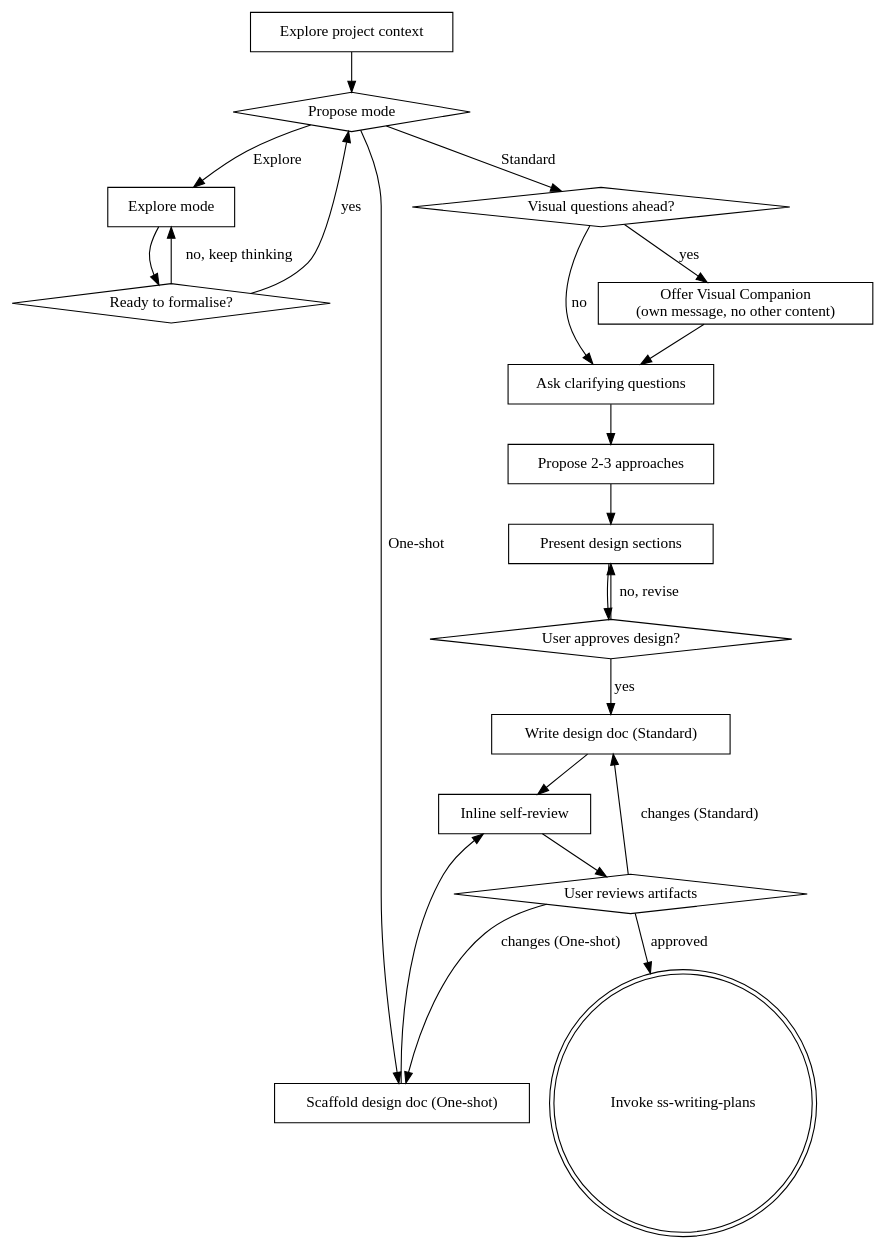
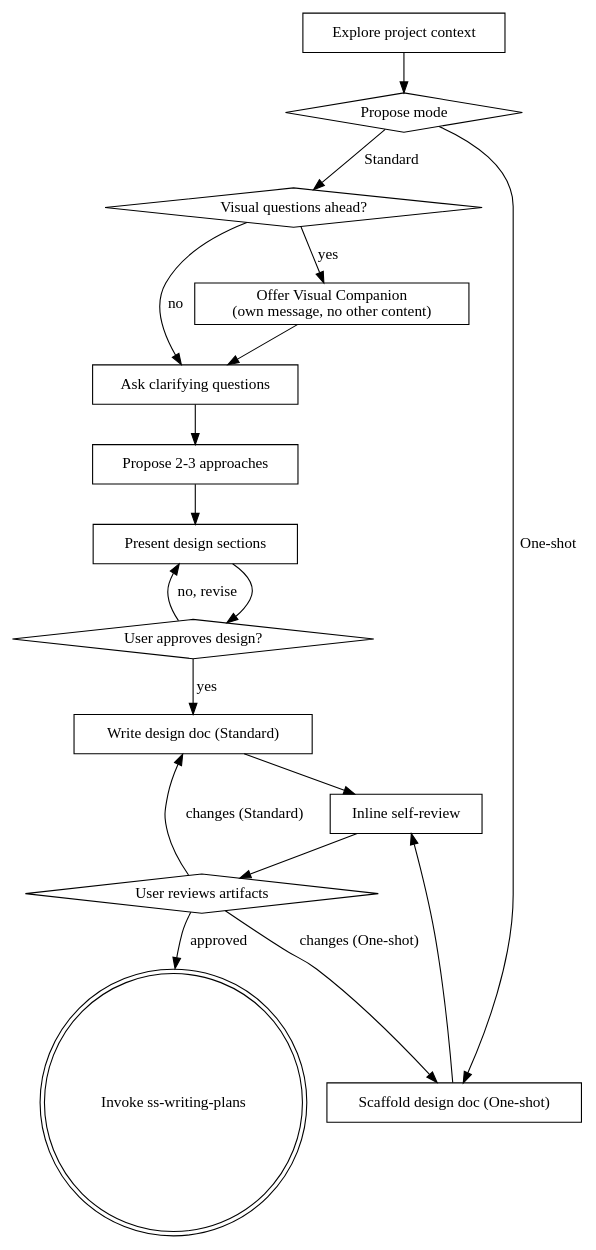
The diagram in skills/ss-brainstorming/SKILL.md (CoyoteLeo/superspec), drawn with Graphviz before and after one commit. The commit also changed other lines of this file, not shown here.

First line of the commit message:
refactor(ss-brainstorming): drop Explore mode

````diff
--- a/skills/ss-brainstorming/SKILL.md
+++ b/skills/ss-brainstorming/SKILL.md
@@ -95,41 +77,35 @@
 ```dot
 digraph brainstorming {
     "Explore project context" [shape=box];
     "Propose mode" [shape=diamond];
-    "Explore mode" [shape=box];
-    "Ready to formalise?" [shape=diamond];
     "Visual questions ahead?" [shape=diamond];
     "Offer Visual Companion\n(own message, no other content)" [shape=box];
     "Ask clarifying questions" [shape=box];
     "Propose 2-3 approaches" [shape=box];
     "Present design sections" [shape=box];
     "User approves design?" [shape=diamond];
     "Write design doc (Standard)" [shape=box];
     "Scaffold design doc (One-shot)" [shape=box];
     "Inline self-review" [shape=box];
     "User reviews artifacts" [shape=diamond];
     "Invoke ss-writing-plans" [shape=doublecircle];
 
     "Explore project context" -> "Propose mode";
-    "Propose mode" -> "Explore mode" [label="Explore"];
-    "Explore mode" -> "Ready to formalise?";
-    "Ready to formalise?" -> "Explore mode" [label="no, keep thinking"];
-    "Ready to formalise?" -> "Propose mode" [label="yes"];
     "Propose mode" -> "Visual questions ahead?" [label="Standard"];
     "Propose mode" -> "Scaffold design doc (One-shot)" [label="One-shot"];
     "Visual questions ahead?" -> "Offer Visual Companion\n(own message, no other content)" [label="yes"];
     "Visual questions ahead?" -> "Ask clarifying questions" [label="no"];
     "Offer Visual Companion\n(own message, no other content)" -> "Ask clarifying questions";
     "Ask clarifying questions" -> "Propose 2-3 approaches";
     "Propose 2-3 approaches" -> "Present design sections";
     "Present design sections" -> "User approves design?";
     "User approves design?" -> "Present design sections" [label="no, revise"];
     "User approves design?" -> "Write design doc (Standard)" [label="yes"];
     "Write design doc (Standard)" -> "Inline self-review";
     "Scaffold design doc (One-shot)" -> "Inline self-review";
     "Inline self-review" -> "User reviews artifacts";
     "User reviews artifacts" -> "Write design doc (Standard)" [label="changes (Standard)"];
     "User reviews artifacts" -> "Scaffold design doc (One-shot)" [label="changes (One-shot)"];
     "User reviews artifacts" -> "Invoke ss-writing-plans" [label="approved"];
 }
 ```
````
